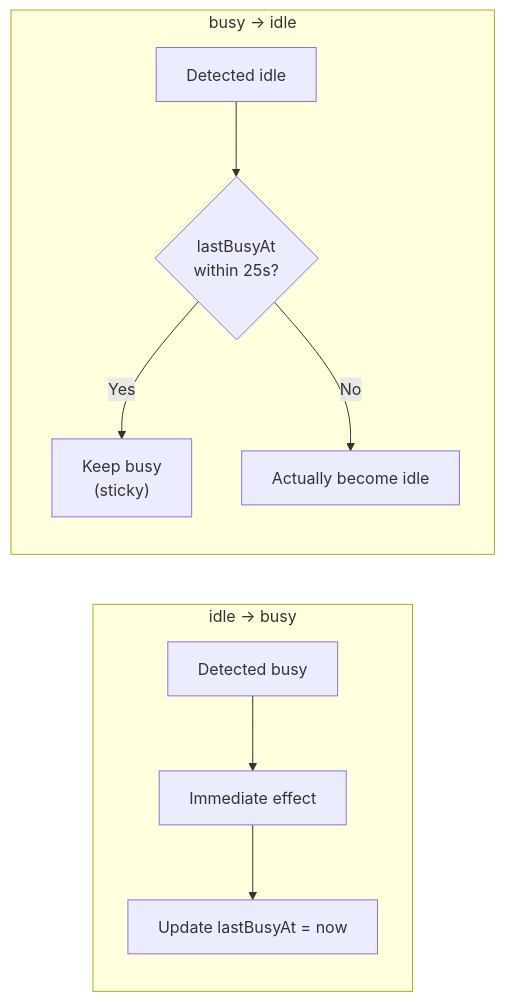
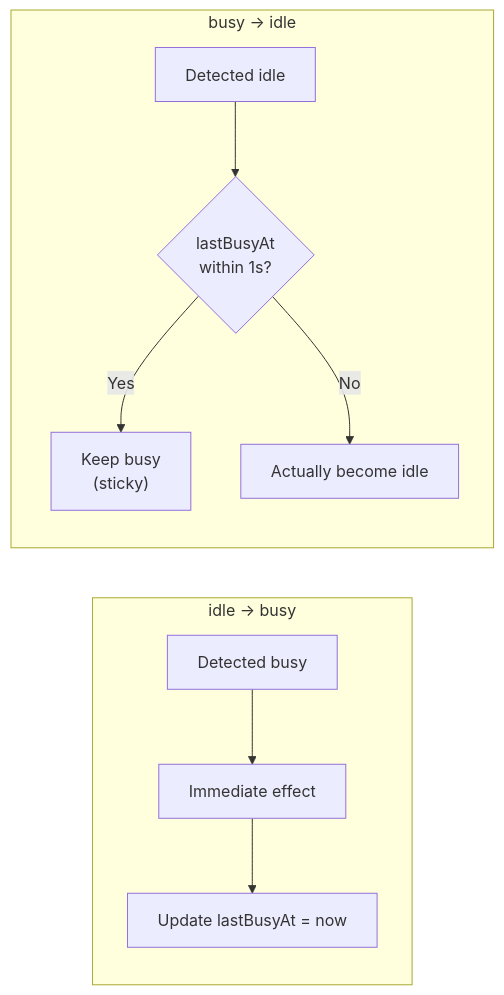
Before and after one commit to ChatTreeNet/VibePulse: the third of 8 diagrams in docs/session-status-detection.md, drawn with Mermaid. The commit also changed other lines of this file and 1 other file, not shown here.

````diff
--- a/docs/session-status-detection.md
+++ b/docs/session-status-detection.md
@@ -81,13 +81,13 @@
 ```mermaid
 flowchart LR
     subgraph IdleToBusy["idle → busy"]
         A1["Detected busy"] --> A2["Immediate effect"]
         A2 --> A3["Update lastBusyAt = now"]
     end
     
     subgraph BusyToIdle["busy → idle"]
-        B1["Detected idle"] --> B2{"lastBusyAt\nwithin 25s?"}
+        B1["Detected idle"] --> B2{"lastBusyAt\nwithin 1s?"}
         B2 -->|Yes| B3["Keep busy\n(sticky)"]
         B2 -->|No| B4["Actually become idle"]
     end
 ```
````
